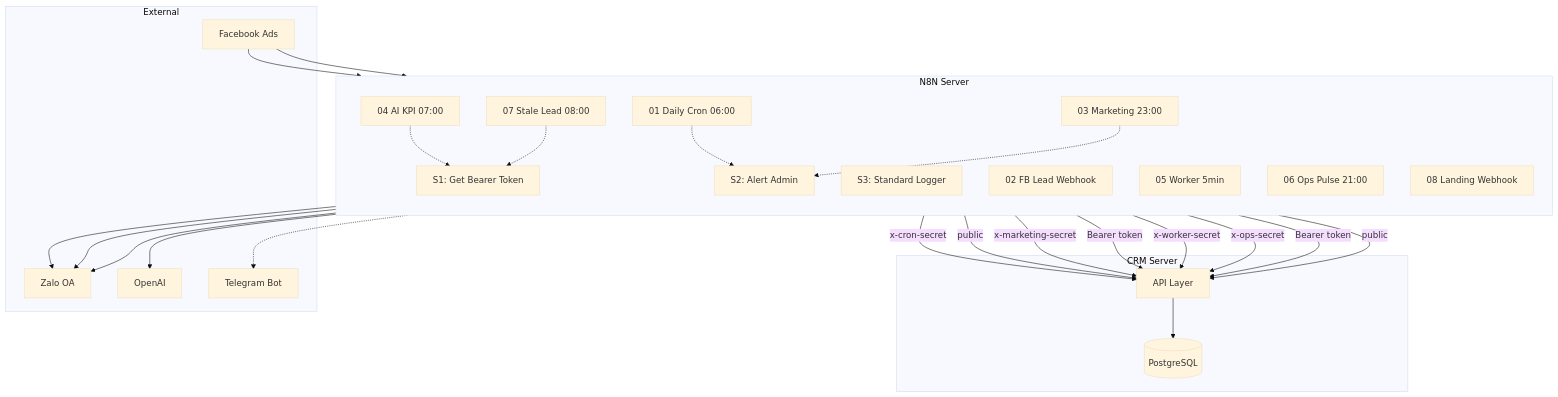
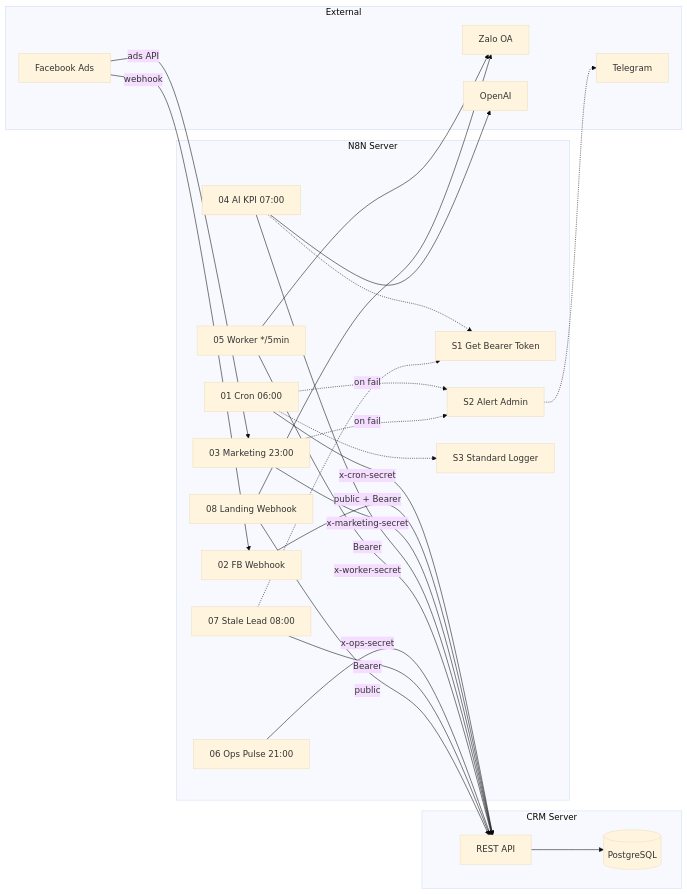
Before and after one commit to nguyendinhduy-1995/daotaolaixethayduy-V2: the first of 7 diagrams in docs/runbooks/n8n-production.md, drawn with Mermaid (base theme). The commit also changed other lines of this file and 2 other files, not shown here.

````diff
--- a/docs/runbooks/n8n-production.md
+++ b/docs/runbooks/n8n-production.md
@@ -61,52 +73,51 @@
 ```mermaid
-graph TB
-    subgraph "N8N Server"
-        direction TB
-        S1["S1: Get Bearer Token"]
-        S2["S2: Alert Admin"]
-        S3["S3: Standard Logger"]
-        W1["01 Daily Cron 06:00"]
-        W2["02 FB Lead Webhook"]
-        W3["03 Marketing 23:00"]
-        W4["04 AI KPI 07:00"]
-        W5["05 Worker 5min"]
-        W6["06 Ops Pulse 21:00"]
-        W7["07 Stale Lead 08:00"]
-        W8["08 Landing Webhook"]
+flowchart LR
+    subgraph N8N["N8N Server"]
+        S1["S1 Get Bearer Token"]
+        S2["S2 Alert Admin"]
+        S3["S3 Standard Logger"]
+        W01["01 Cron 06:00"]
+        W02["02 FB Webhook"]
+        W03["03 Marketing 23:00"]
+        W04["04 AI KPI 07:00"]
+        W05["05 Worker */5min"]
+        W06["06 Ops Pulse 21:00"]
+        W07["07 Stale Lead 08:00"]
+        W08["08 Landing Webhook"]
     end
 
-    subgraph "CRM Server"
-        API["API Layer"]
+    subgraph CRM["CRM Server"]
+        API["REST API"]
         DB[("PostgreSQL")]
     end
 
-    subgraph "External"
+    subgraph EXT["External"]
         FB["Facebook Ads"]
         ZALO["Zalo OA"]
         AI["OpenAI"]
-        TG["Telegram Bot"]
+        TG["Telegram"]
     end
 
-    W1 -->|x-cron-secret| API
-    W2 -->|public| API
-    W3 -->|x-marketing-secret| API
-    W4 -->|Bearer token| API
-    W5 -->|x-worker-secret| API
-    W6 -->|x-ops-secret| API
-    W7 -->|Bearer token| API
-    W8 -->|public| API
+    W01 -->|x-cron-secret| API
+    W02 -->|public + Bearer| API
+    W03 -->|x-marketing-secret| API
+    W04 -->|Bearer| API
+    W05 -->|x-worker-secret| API
+    W06 -->|x-ops-secret| API
+    W07 -->|Bearer| API
+    W08 -->|public| API
     API --> DB
 
-    FB --> W2
-    FB --> W3
-    W4 --> AI
-    W5 --> ZALO
-    W7 --> ZALO
-    W8 --> ZALO
+    FB -->|webhook| W02
+    FB -->|ads API| W03
+    W04 --> AI
+    W05 --> ZALO
+    W08 --> ZALO
 
-    W1 -.-> S2
-    W3 -.-> S2
-    W4 -.-> S1
-    W7 -.-> S1
+    W01 -.->|on fail| S2
+    W03 -.->|on fail| S2
+    W04 -.-> S1
+    W07 -.-> S1
     S2 -.-> TG
+    W01 -.-> S3
 ```
````
